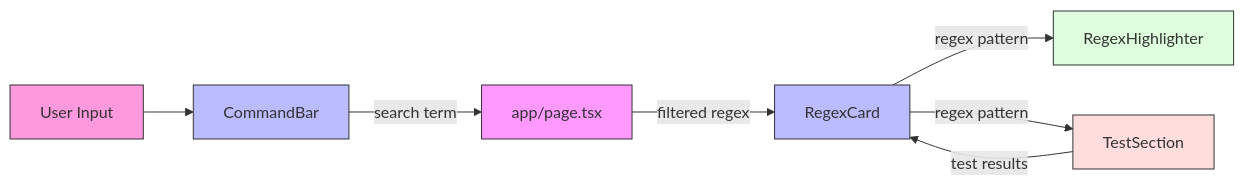
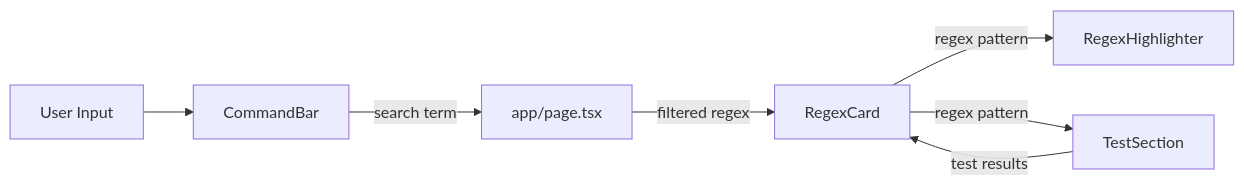
One commit to nicholasadamou/coolregex changed the second of 3 diagrams in README.md. Above: the diagram before and after it, drawn with Mermaid. The commit also changed other lines of this file, not shown here.

Commit message:
Simplify README diagrams by removing style definitions.
Removed redundant style configurations from the diagrams in README.md. This change improves readability and focuses on the logical flow without unnecessary visual properties.

````diff
--- a/README.md
+++ b/README.md
@@ -103,16 +98,9 @@
 ```mermaid
 flowchart LR
     A[User Input] --> B[CommandBar]
     B -- search term --> C[app/page.tsx]
     C -- filtered regex --> D[RegexCard]
     D -- regex pattern --> E[RegexHighlighter]
     D -- regex pattern --> F[TestSection]
     F -- test results --> D
-
-    style A fill:#f9d,stroke:#333,stroke-width:1px
-    style B fill:#bbf,stroke:#333,stroke-width:1px
-    style C fill:#f9f,stroke:#333,stroke-width:1px
-    style D fill:#bbf,stroke:#333,stroke-width:1px
-    style E fill:#dfd,stroke:#333,stroke-width:1px
-    style F fill:#fdd,stroke:#333,stroke-width:1px
 ```
````
